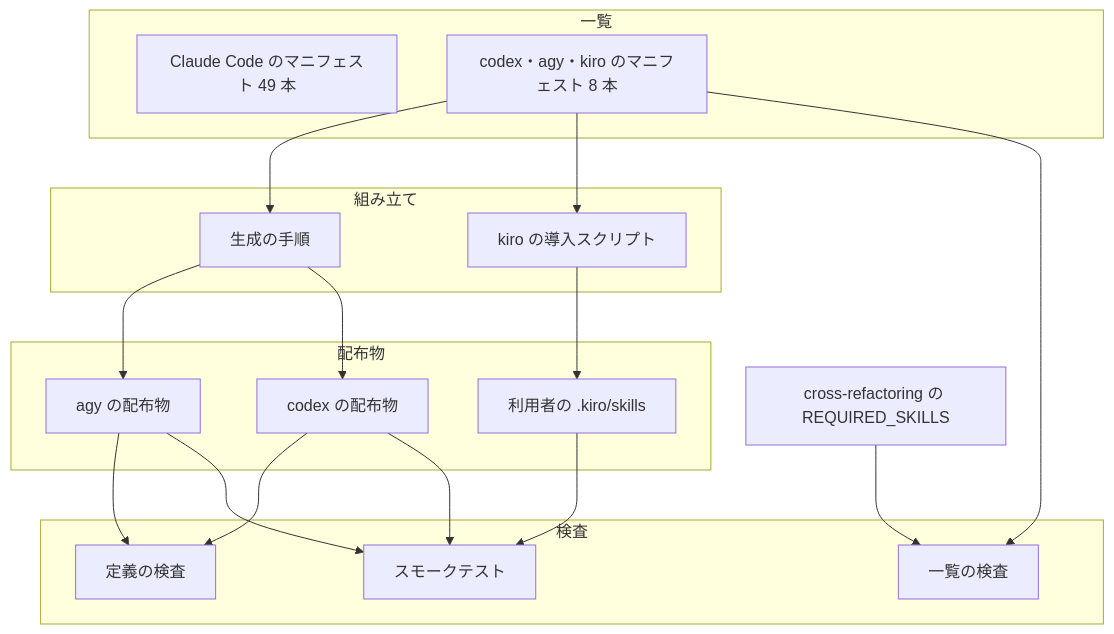
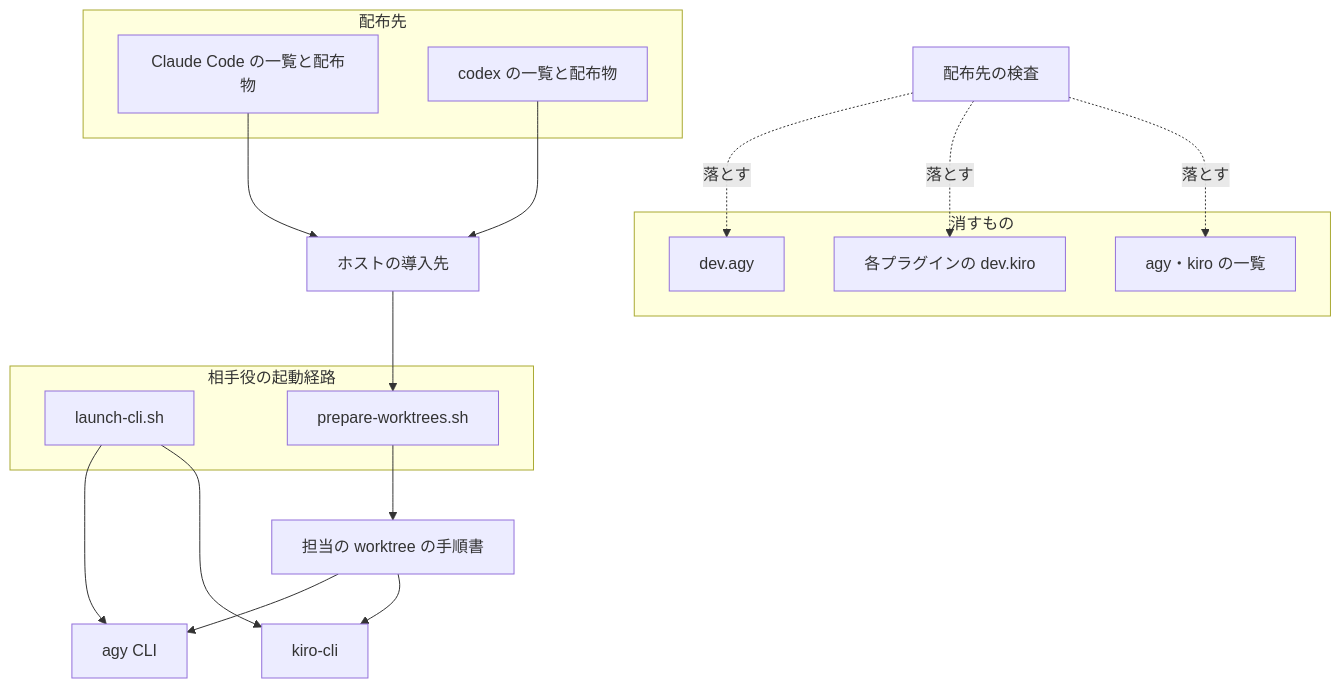
The first of 3 diagrams in issues/issue-2231-design.md (devbasex/ai-plugins), drawn with Mermaid before and after one commit. The commit also changed other lines of this file and 3 other files, not shown here.

Commit message:
Docs: #2231 の設計を、配布を Claude Code と codex に限り agy・kiro を相手役だけにする方針へ書き直す

````diff
--- a/issues/issue-2231-design.md
+++ b/issues/issue-2231-design.md
@@ -151,32 +107,27 @@
 ```mermaid
 graph TD
-    subgraph 一覧
-        MC[Claude Code のマニフェスト 49 本]
-        MP[codex・agy・kiro のマニフェスト 8 本]
+    subgraph 配布先
+        MC[Claude Code の一覧と配布物]
+        MX[codex の一覧と配布物]
     end
-    subgraph 組み立て
-        B[生成の手順]
-        K[kiro の導入スクリプト]
+    subgraph 消すもの
+        DA[dev.agy]
+        DK[各プラグインの dev.kiro]
+        MA[agy・kiro の一覧]
     end
-    subgraph 配布物
-        A[agy の配布物]
-        C[codex の配布物]
-        KS[利用者の .kiro/skills]
+    subgraph 相手役の起動経路
+        L[launch-cli.sh]
+        P[prepare-worktrees.sh]
     end
-    subgraph 検査
-        V[定義の検査]
-        T[一覧の検査]
-        S[スモークテスト]
-    end
-    R[cross-refactoring の REQUIRED_SKILLS]
-    MP --> B --> A
-    B --> C
-    MP --> K --> KS
-    MP --> T
-    R --> T
-    A --> V
-    C --> V
-    A --> S
-    C --> S
-    KS --> S
+    H[ホストの導入先] --> P
+    MC --> H
+    MX --> H
+    P --> W[担当の worktree の手順書]
+    L --> AG[agy CLI]
+    L --> KI[kiro-cli]
+    W --> AG
+    W --> KI
+    T[配布先の検査] -.落とす.-> DA
+    T -.落とす.-> DK
+    T -.落とす.-> MA
 ```
````
